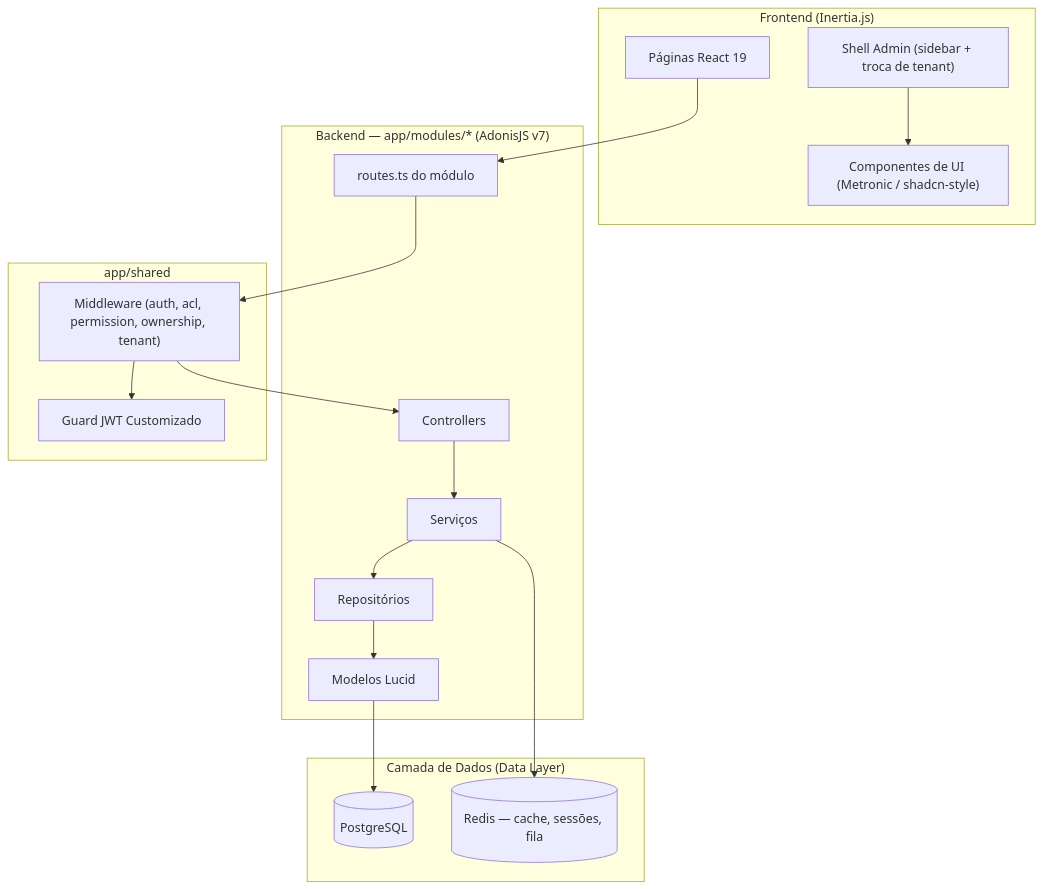
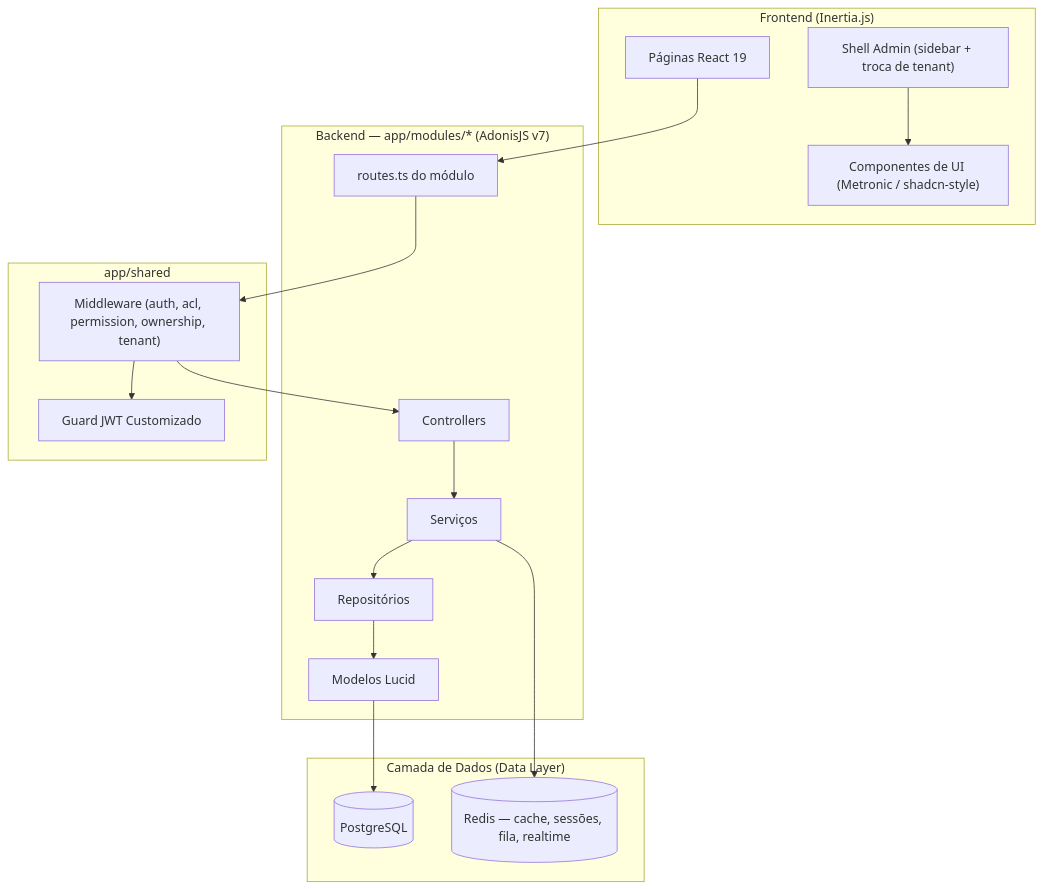
One commit to gabrielmaialva33/benicio changed the diagram in README-pt.md. Above: the diagram before and after it, drawn with Mermaid. The commit also changed other lines of this file and 2 other files, not shown here.

Commit message:
docs: update queue and realtime stack in READMEs and CLAUDE.md

````diff
--- a/README-pt.md
+++ b/README-pt.md
@@ -49,38 +49,38 @@
 ```mermaid
 graph TD
     subgraph "Frontend (Inertia.js)"
         FE_UI[Páginas React 19]
         FE_LAYOUT["Shell Admin (sidebar + troca de tenant)"]
         FE_COMPONENTS["Componentes de UI (Metronic / shadcn-style)"]
     end
 
     subgraph "Backend — app/modules/* (AdonisJS v7)"
         BE_ROUTES["routes.ts do módulo"]
         BE_CTRL[Controllers]
         BE_SERVICES[Serviços]
         BE_REPOS[Repositórios]
         BE_MODELS[Modelos Lucid]
     end
 
     subgraph "app/shared"
         SH_MW["Middleware (auth, acl, permission, ownership, tenant)"]
         SH_JWT[Guard JWT Customizado]
     end
 
     subgraph "Camada de Dados (Data Layer)"
         DB[(PostgreSQL)]
-        CACHE[(Redis — cache, sessões, fila)]
+        CACHE[(Redis — cache, sessões, fila, realtime)]
     end
 
     FE_UI --> BE_ROUTES
     FE_LAYOUT --> FE_COMPONENTS
     BE_ROUTES --> SH_MW
     SH_MW --> SH_JWT
     SH_MW --> BE_CTRL
     BE_CTRL --> BE_SERVICES
     BE_SERVICES --> BE_REPOS
     BE_REPOS --> BE_MODELS
     BE_MODELS --> DB
 
     BE_SERVICES --> CACHE
 ```
````
